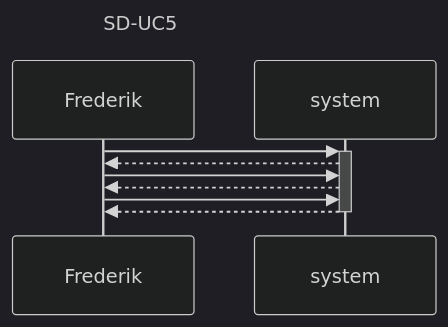
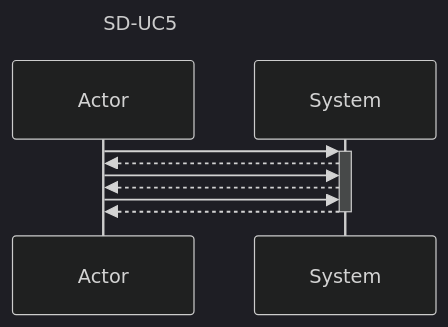
Before and after one commit to DMOoF25-Team-11-2/GettingReal: the diagram in documentation/SD-UC5.mmd, drawn with Mermaid. The commit also changed 12 other files, not shown here.

```diff
--- a/documentation/SD-UC5.mmd
+++ b/documentation/SD-UC5.mmd
@@ -1,13 +1,17 @@
 ---
 config:
   theme: dark
   look: classic
+  layout: dagre
 title: SD-UC5
+description: |
 ---
 sequenceDiagram
-    Frederik->>+system: 
-    system-->>Frederik: 
-    Frederik->>system: 
-    system-->>Frederik: 
-    Frederik->>system: 
-    system-->>-Frederik: 
+    participant User as Actor
+    participant System
+    User->>+System: 
+    System-->>User: 
+    User->>System: 
+    System-->>User: 
+    User->>System: 
+    System-->>-User: 
```
